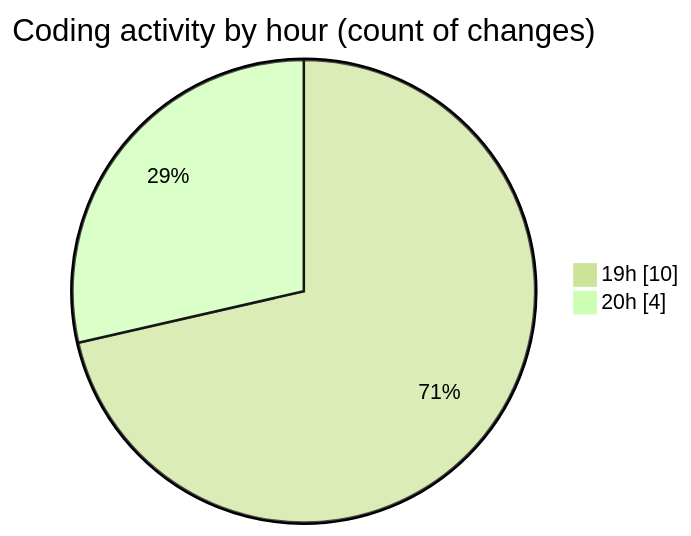
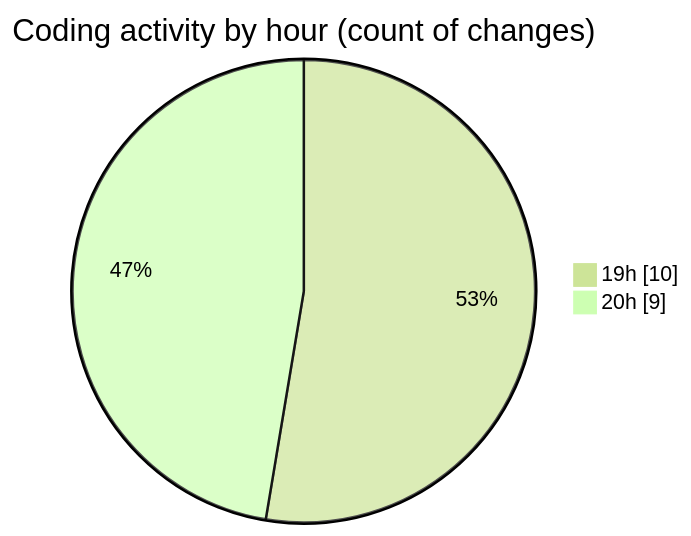
Before and after one commit to lephambinh05/code-tracking: the second of 2 diagrams in 2025-07-15/eduwallet-main/README.md, drawn with Mermaid (forest theme). The commit also changed other lines of this file and 1 other file, not shown here.

````diff
--- a/2025-07-15/eduwallet-main/README.md
+++ b/2025-07-15/eduwallet-main/README.md
@@ -38,6 +40,6 @@
 ```mermaid
 pie showData
 title Coding activity by hour (count of changes)
 "19h" : 10
-"20h" : 4
+"20h" : 9
 ```
````
